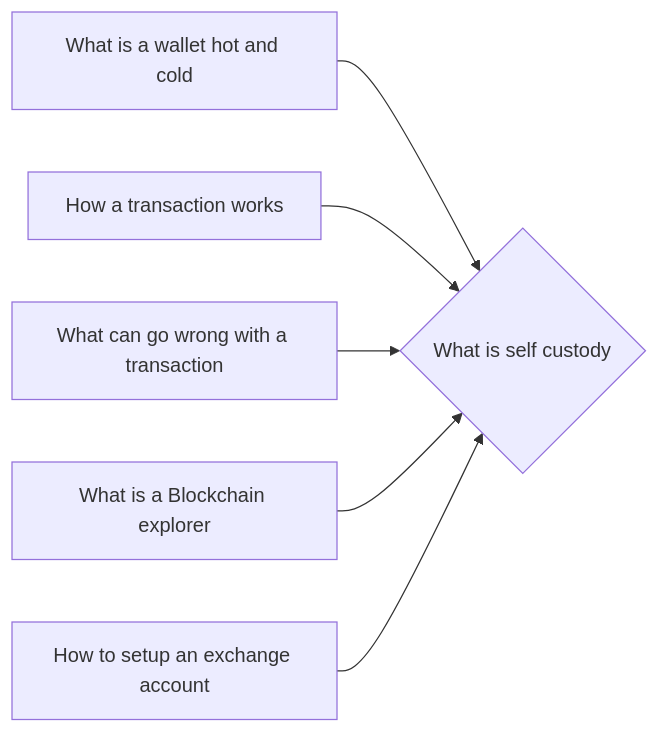
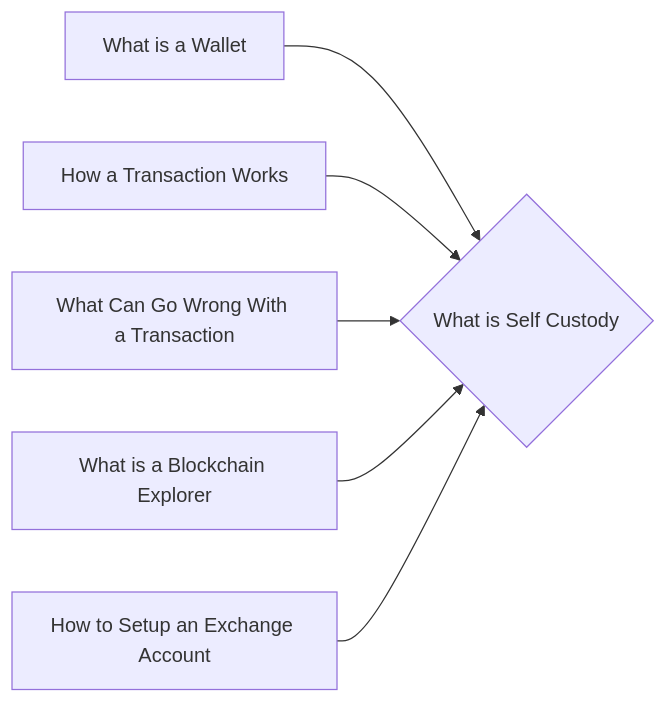
The diagram in notes/What_is_Self_Custody.md (lpurdy01/crypto-knowledge-map), drawn with Mermaid before and after one commit. The commit also changed 50 other files, not shown here.

````diff
--- a/notes/What_is_Self_Custody.md
+++ b/notes/What_is_Self_Custody.md
@@ -18,8 +18,8 @@
 ```mermaid
 graph LR
-1["What is a wallet hot and cold"]-->0{"What is self custody"}
-2["How a transaction works"]-->0{"What is self custody"}
-3["What can go wrong with a transaction"]-->0{"What is self custody"}
-4["What is a Blockchain explorer"]-->0{"What is self custody"}
-5["How to setup an exchange account"]-->0{"What is self custody"}
+1["What is a Wallet"]-->0{"What is Self Custody"}
+2["How a Transaction Works"]-->0{"What is Self Custody"}
+3["What Can Go Wrong With a Transaction"]-->0{"What is Self Custody"}
+4["What is a Blockchain Explorer"]-->0{"What is Self Custody"}
+5["How to Setup an Exchange Account"]-->0{"What is Self Custody"}
 ```
````
